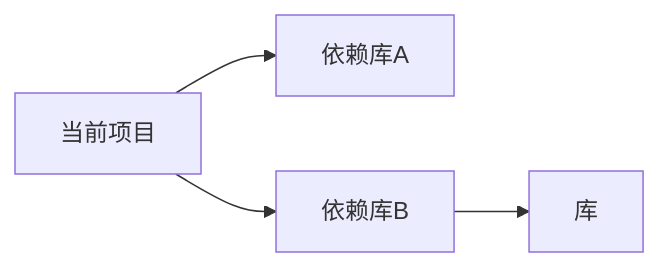
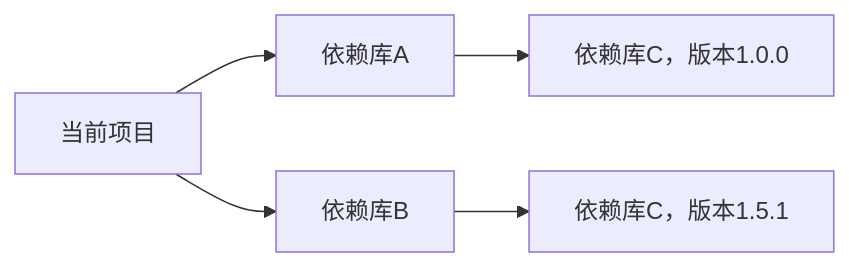
Before and after one commit to h13-0/Notebooks: the diagram in Java/项目管理工具/Mevan/Mevan.md, drawn with Mermaid. The commit also changed other lines of this file and 1 other file, not shown here.

Commit message:
vault backup: 2024-10-04 20:44:54

````diff
--- a/Java/项目管理工具/Mevan/Mevan.md
+++ b/Java/项目管理工具/Mevan/Mevan.md
@@ -221,6 +221,7 @@
 ```mermaid
 flowchart LR
     A[当前项目] --> B[依赖库A]
     A[当前项目] --> C[依赖库B]
-    C --> D[库]
+    B --> D[依赖库C，版本1.0.0]
+    C --> E[依赖库C，版本1.5.1]
 ```
````
